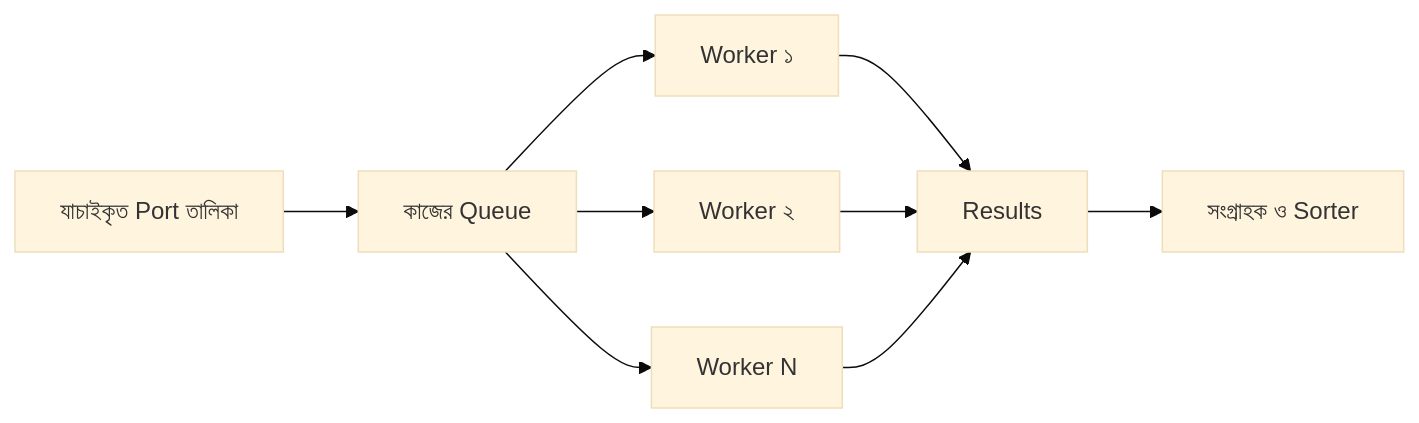
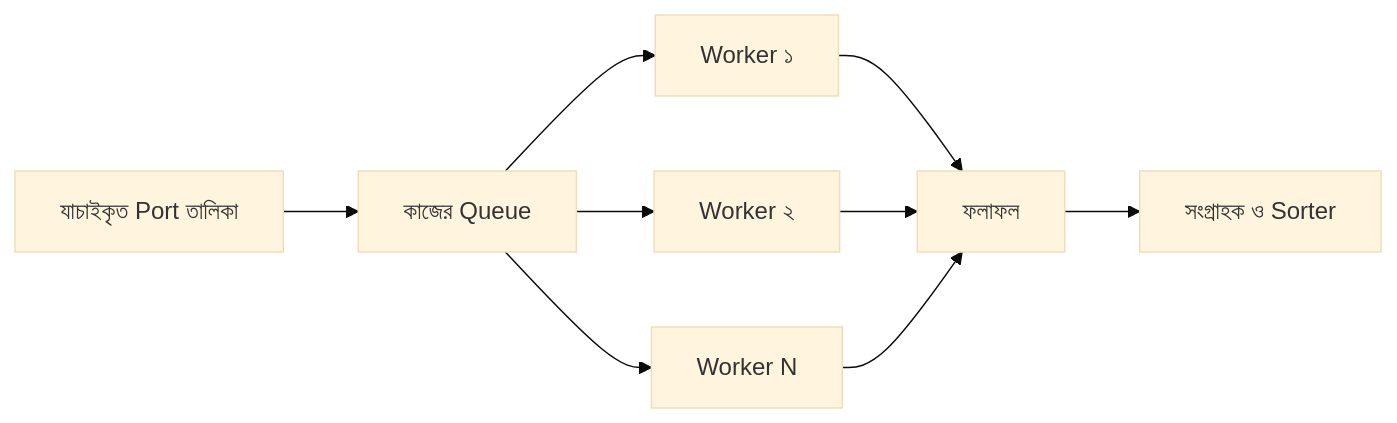
One commit to shomi-khan/red-blue-lab changed the fourth of 5 diagrams in chapters/03-whos-listening/README.md. Above: the diagram before and after it, drawn with Mermaid (base theme). The commit also changed other lines of this file, not shown here.

````diff
--- a/chapters/03-whos-listening/README.md
+++ b/chapters/03-whos-listening/README.md
@@ -215,11 +224,11 @@
 ```mermaid
 flowchart LR
     P["যাচাইকৃত Port তালিকা"] --> Q["কাজের Queue"]
     Q --> W1["Worker ১"]
     Q --> W2["Worker ২"]
     Q --> WN["Worker N"]
-    W1 --> R["Results"]
+    W1 --> R["ফলাফল"]
     W2 --> R
     WN --> R
     R --> C["সংগ্রাহক ও Sorter"]
 ```
````
